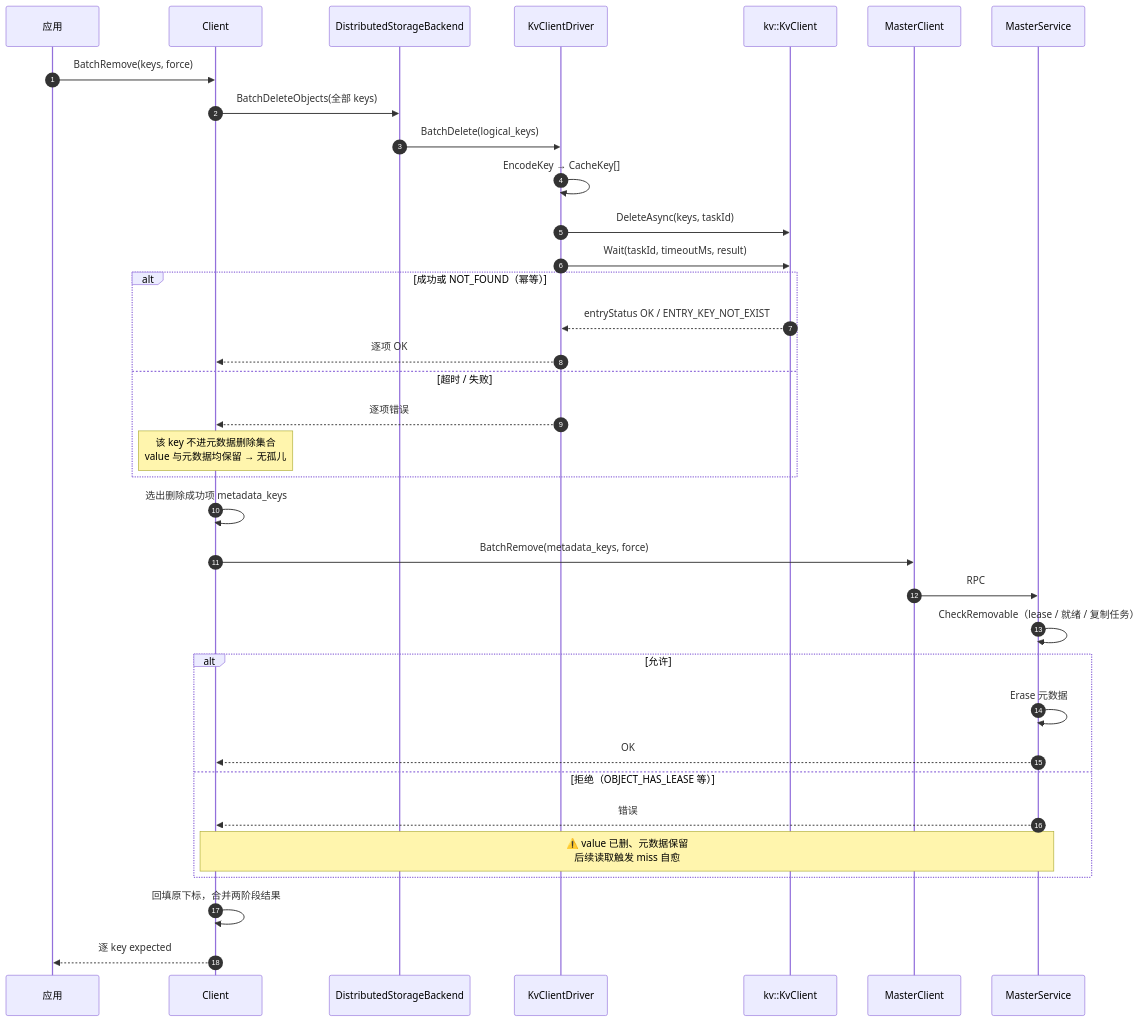
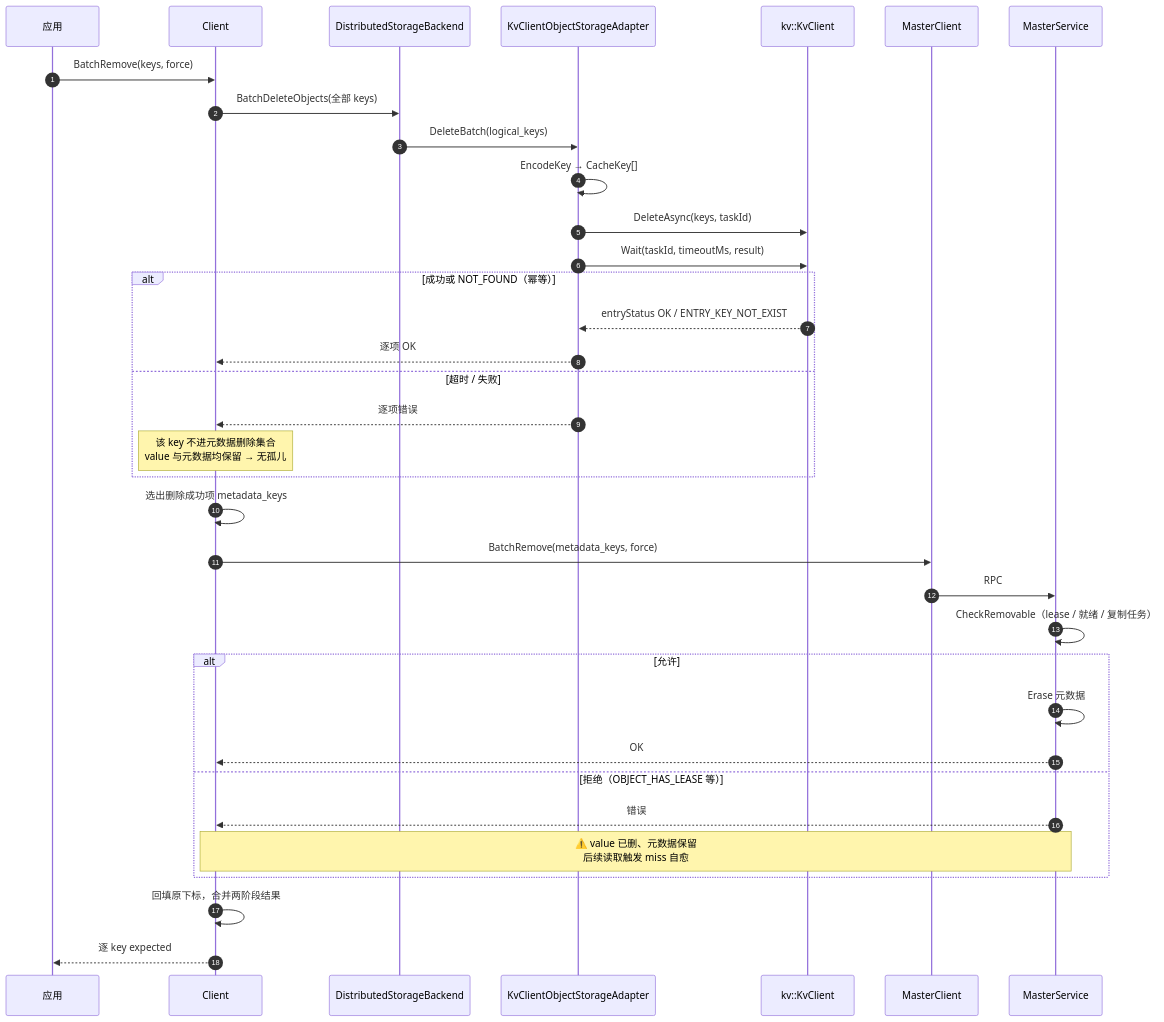
One commit to zwj20000328-dotcom/Mooncake-documents changed diagram 11 of 13 in Mooncake + KVClient L3 接入（Kvcs）- v3.md. Above: the diagram before and after it, drawn with Mermaid. The commit also changed other lines of this file, not shown here.

````diff
--- a/Mooncake + KVClient L3 接入（Kvcs）- v3.md
+++ b/Mooncake + KVClient L3 接入（Kvcs）- v3.md
@@ -802,38 +756,38 @@
 ```mermaid
 sequenceDiagram
     autonumber
     participant APP as 应用
     participant C as Client
     participant BE as DistributedStorageBackend
-    participant DR as KvClientDriver
+    participant AD as KvClientObjectStorageAdapter
     participant SDK as kv::KvClient
     participant MC as MasterClient
     participant M as MasterService
 
     APP->>C: BatchRemove(keys, force)
     C->>BE: BatchDeleteObjects(全部 keys)
-    BE->>DR: BatchDelete(logical_keys)
-    DR->>DR: EncodeKey → CacheKey[]
-    DR->>SDK: DeleteAsync(keys, taskId)
-    DR->>SDK: Wait(taskId, timeoutMs, result)
+    BE->>AD: DeleteBatch(logical_keys)
+    AD->>AD: EncodeKey → CacheKey[]
+    AD->>SDK: DeleteAsync(keys, taskId)
+    AD->>SDK: Wait(taskId, timeoutMs, result)
     alt 成功或 NOT_FOUND（幂等）
-        SDK-->>DR: entryStatus OK / ENTRY_KEY_NOT_EXIST
-        DR-->>C: 逐项 OK
+        SDK-->>AD: entryStatus OK / ENTRY_KEY_NOT_EXIST
+        AD-->>C: 逐项 OK
     else 超时 / 失败
-        DR-->>C: 逐项错误
+        AD-->>C: 逐项错误
         Note over C: 该 key 不进元数据删除集合<br/>value 与元数据均保留 → 无孤儿
     end
     C->>C: 选出删除成功项 metadata_keys
     C->>MC: BatchRemove(metadata_keys, force)
     MC->>M: RPC
     M->>M: CheckRemovable（lease / 就绪 / 复制任务）
     alt 允许
         M->>M: Erase 元数据
         M-->>C: OK
     else 拒绝（OBJECT_HAS_LEASE 等）
         M-->>C: 错误
         Note over C,M: ⚠️ value 已删、元数据保留<br/>后续读取触发 miss 自愈
     end
     C->>C: 回填原下标，合并两阶段结果
     C-->>APP: 逐 key expected
 ```
````
